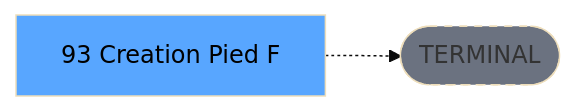
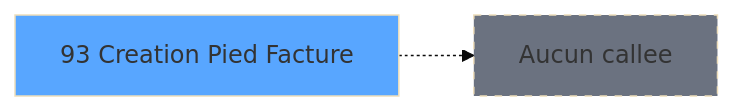
One commit to thonyAGP/lecteur-magic changed the third of 3 diagrams in .openspec/specs/ADH-IDE-93.md. Above: the diagram before and after it, drawn with Mermaid (base theme). The commit also changed other lines of this file and 96 other files, not shown here.

````diff
--- a/.openspec/specs/ADH-IDE-93.md
+++ b/.openspec/specs/ADH-IDE-93.md
@@ -135,8 +205,8 @@
 ```mermaid
 graph LR
-    T[93 Creation Pied F]
-    TERM([TERMINAL])
-    T -.-> TERM
-    style TERM fill:#6b7280,stroke-dasharray: 5 5
-    style T fill:#58a6ff,color:#000
+    T93[93 Creation Pied Facture]
+    style T93 fill:#58a6ff
+    NONE[Aucun callee]
+    T93 -.-> NONE
+    style NONE fill:#6b7280,stroke-dasharray: 5 5
 ```
````
